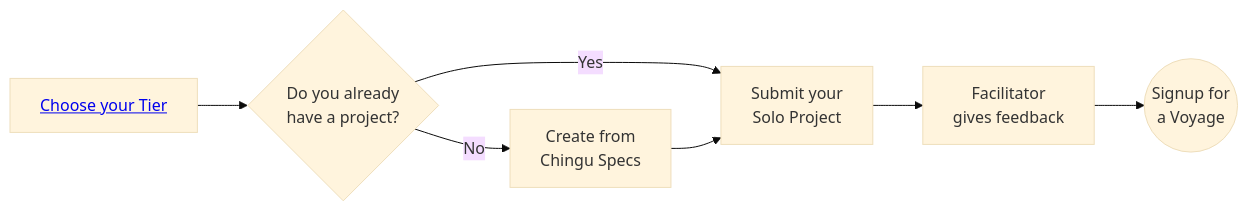
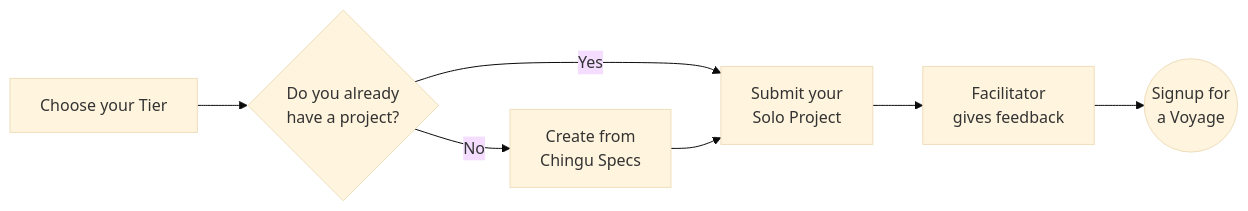
The diagram in docs/guides/soloproject/soloproject.md (chingu-voyages/Handbook), drawn with Mermaid (base theme) before and after one commit.

Commit message:
Fix: Remove Mermaid diagram link

````diff
--- a/docs/guides/soloproject/soloproject.md
+++ b/docs/guides/soloproject/soloproject.md
@@ -15,9 +15,9 @@
 ```mermaid
 graph LR
-    A[<a href='https://github.com/chingu-voyages/Handbook/blob/feature/add-resources/docs/guides/soloproject/soloproject.md#3-if-you-dont-have-a-project-ready'>Choose your Tier</a>] --> B{Do you already\nhave a project?}
+    A[Choose your Tier] --> B{Do you already\nhave a project?}
     B -- Yes --> C[Submit your\nSolo Project]
     B -- No --> D[Create from\nChingu Specs]
     D --> C
     C --> E[Facilitator\ngives feedback]
     E --> F((Signup for\na Voyage))
 ```
````
